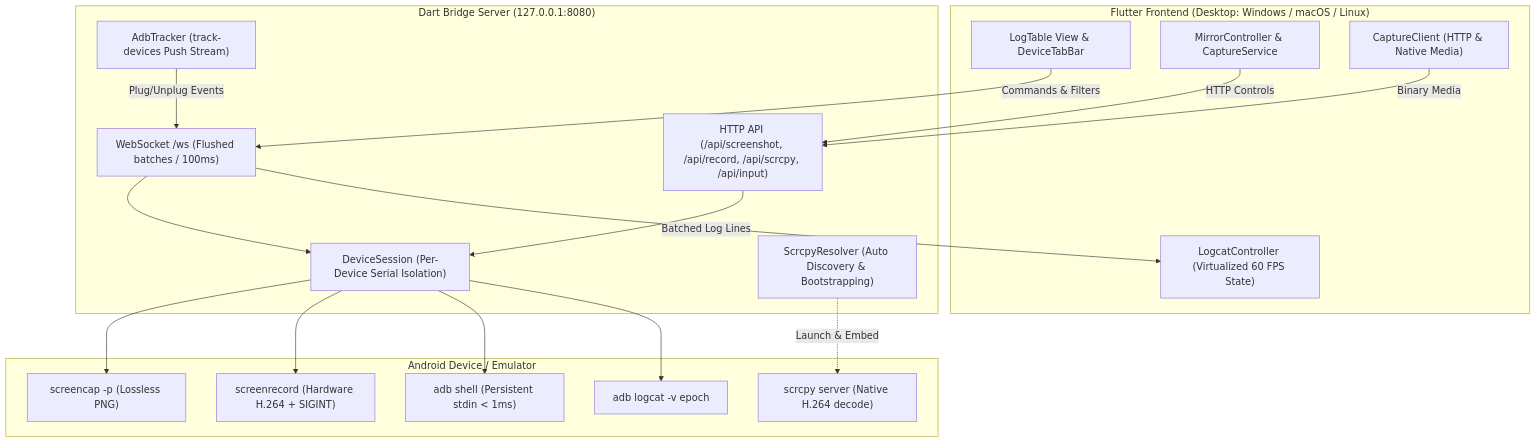
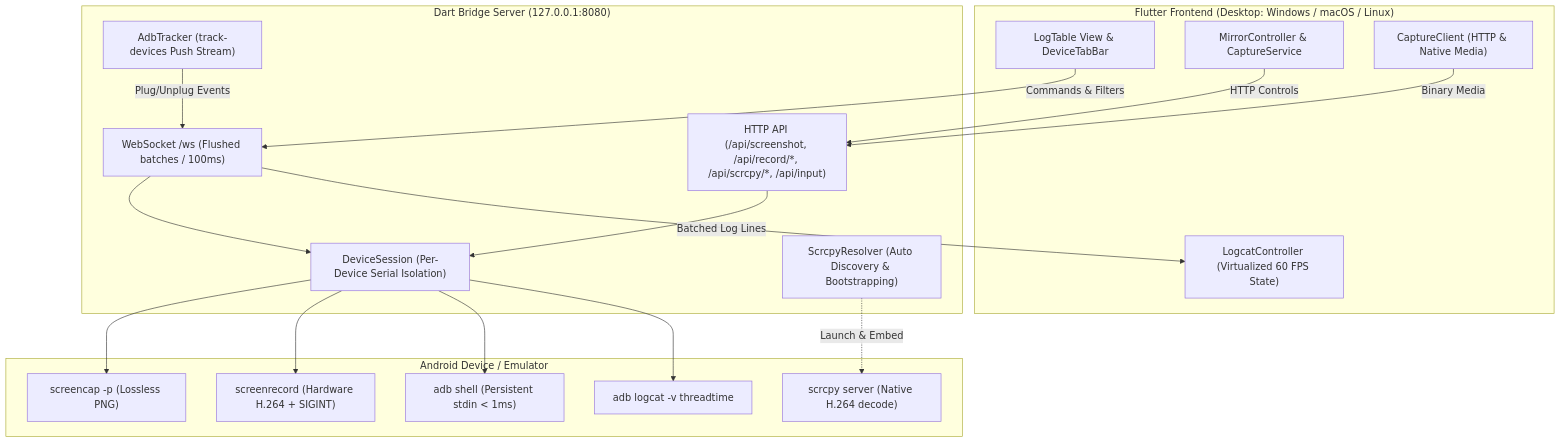
One commit to ananth-j/Ncat changed the diagram in docs/ARCHITECTURE.md. Above: the diagram before and after it, drawn with Mermaid. The commit also changed other lines of this file and 4 other files, not shown here.

````diff
--- a/docs/ARCHITECTURE.md
+++ b/docs/ARCHITECTURE.md
@@ -9,38 +9,38 @@
 ```mermaid
 flowchart TD
     subgraph Frontend["Flutter Frontend (Desktop: Windows / macOS / Linux)"]
         UI["LogTable View & DeviceTabBar"]
         MC["MirrorController & CaptureService"]
         LC["LogcatController (Virtualized 60 FPS State)"]
         CC["CaptureClient (HTTP & Native Media)"]
     end
 
     subgraph Bridge["Dart Bridge Server (127.0.0.1:8080)"]
         WS["WebSocket /ws (Flushed batches / 100ms)"]
-        HTTP["HTTP API (/api/screenshot, /api/record, /api/scrcpy, /api/input)"]
+        HTTP["HTTP API (/api/screenshot, /api/record/*, /api/scrcpy/*, /api/input)"]
         DS["DeviceSession (Per-Device Serial Isolation)"]
         TR["AdbTracker (track-devices Push Stream)"]
         SR["ScrcpyResolver (Auto Discovery & Bootstrapping)"]
     end
 
     subgraph Hardware["Android Device / Emulator"]
-        LOGCAT["adb logcat -v epoch"]
+        LOGCAT["adb logcat -v threadtime"]
         SHELL["adb shell (Persistent stdin < 1ms)"]
         REC["screenrecord (Hardware H.264 + SIGINT)"]
         CAP["screencap -p (Lossless PNG)"]
         SC["scrcpy server (Native H.264 decode)"]
     end
 
     UI -->|Commands & Filters| WS
     WS -->|Batched Log Lines| LC
     MC -->|HTTP Controls| HTTP
     CC -->|Binary Media| HTTP
     HTTP --> DS
     WS --> DS
     TR -->|Plug/Unplug Events| WS
     DS --> LOGCAT
     DS --> SHELL
     DS --> REC
     DS --> CAP
     SR -.->|Launch & Embed| SC
 ```
````
